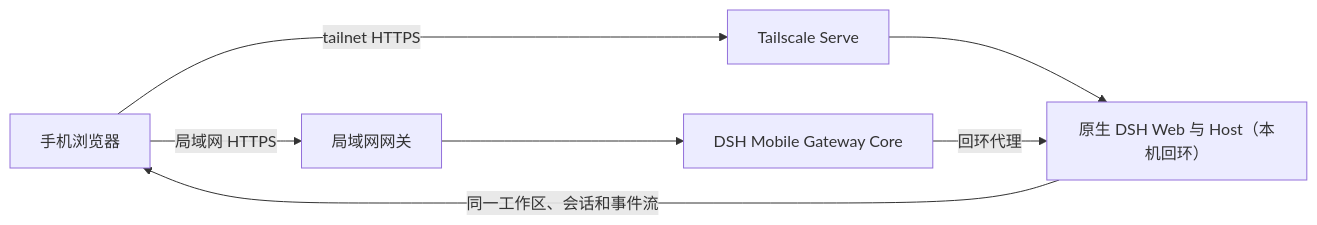
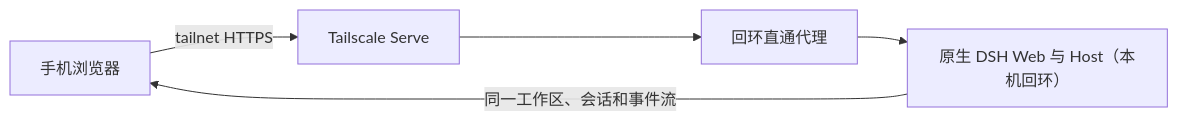
One commit to qiushenjie/dsh-mobile-tailscale changed the diagram in README.md. Above: the diagram before and after it, drawn with Mermaid. The commit also changed other lines of this file and 41 other files, not shown here.

````diff
--- a/README.md
+++ b/README.md
@@ -256,9 +225,7 @@
 ```mermaid
 flowchart LR
-  Phone["手机浏览器"] -->|"局域网 HTTPS"| Lan["局域网网关"]
-  Phone -->|"tailnet HTTPS"| Serve["Tailscale Serve"]
-  Lan --> Gateway["DSH Mobile Gateway Core"]
-  Serve --> DSH["原生 DSH Web 与 Host（本机回环）"]
-  Gateway -->|"回环代理"| DSH
+  Phone["手机浏览器"] -->|"tailnet HTTPS"| Serve["Tailscale Serve"]
+  Serve --> Proxy["回环直通代理"]
+  Proxy --> DSH["原生 DSH Web 与 Host（本机回环）"]
   DSH -->|"同一工作区、会话和事件流"| Phone
 ```
````
